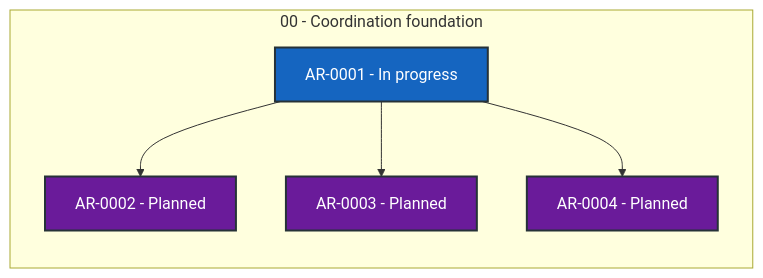
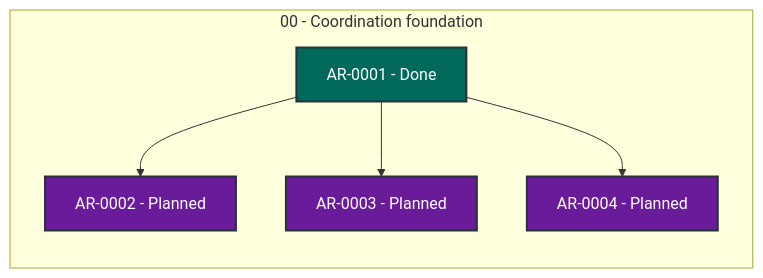
The diagram in STATUS.md (martin-beck/agent-workflow-guidance-state), drawn with Mermaid before and after one commit. The commit also changed other lines of this file and 2 other files, not shown here.

````diff
--- a/STATUS.md
+++ b/STATUS.md
@@ -27,21 +27,21 @@
 ```mermaid
 flowchart LR
     subgraph series_00["00 - Coordination foundation"]
         direction TB
-        AR_0001["AR-0001 - In progress"]:::status_in_progress
+        AR_0001["AR-0001 - Done"]:::status_done
         AR_0002["AR-0002 - Planned"]:::status_planned
         AR_0003["AR-0003 - Planned"]:::status_planned
         AR_0004["AR-0004 - Planned"]:::status_planned
     end
     AR_0001 --> AR_0002
     AR_0001 --> AR_0003
     AR_0001 --> AR_0004
     classDef status_in_progress fill:#1565c0,color:#ffffff,stroke:#263238,stroke-width:2px
     classDef status_open fill:#2e7d32,color:#ffffff,stroke:#263238,stroke-width:2px
     classDef status_blocked fill:#c62828,color:#ffffff,stroke:#263238,stroke-width:2px
     classDef status_planned fill:#6a1b9a,color:#ffffff,stroke:#263238,stroke-width:2px
     classDef status_future fill:#455a64,color:#ffffff,stroke:#263238,stroke-width:2px
     classDef status_done fill:#00695c,color:#ffffff,stroke:#263238,stroke-width:2px
     classDef status_cancelled fill:#616161,color:#ffffff,stroke:#263238,stroke-width:2px
     classDef status_superseded fill:#5d4037,color:#ffffff,stroke:#263238,stroke-width:2px
 ```
````
